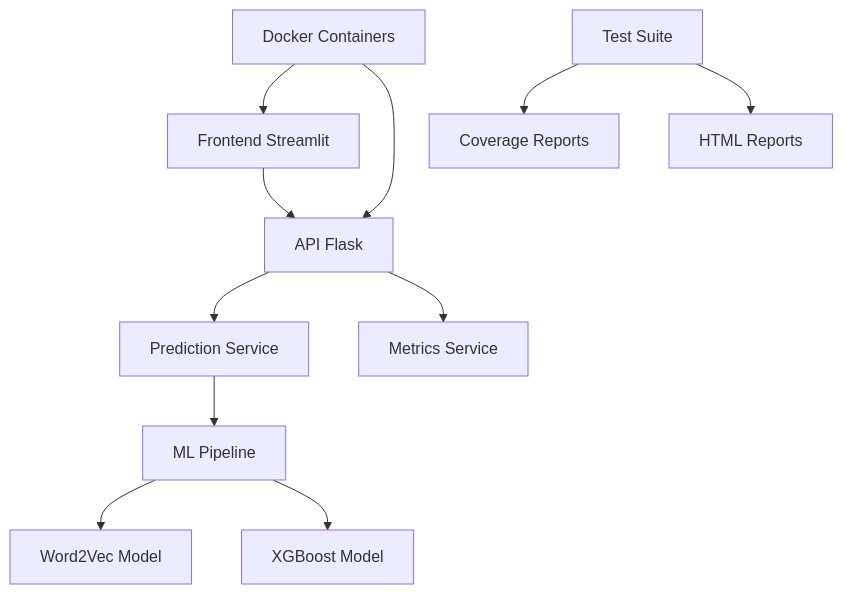
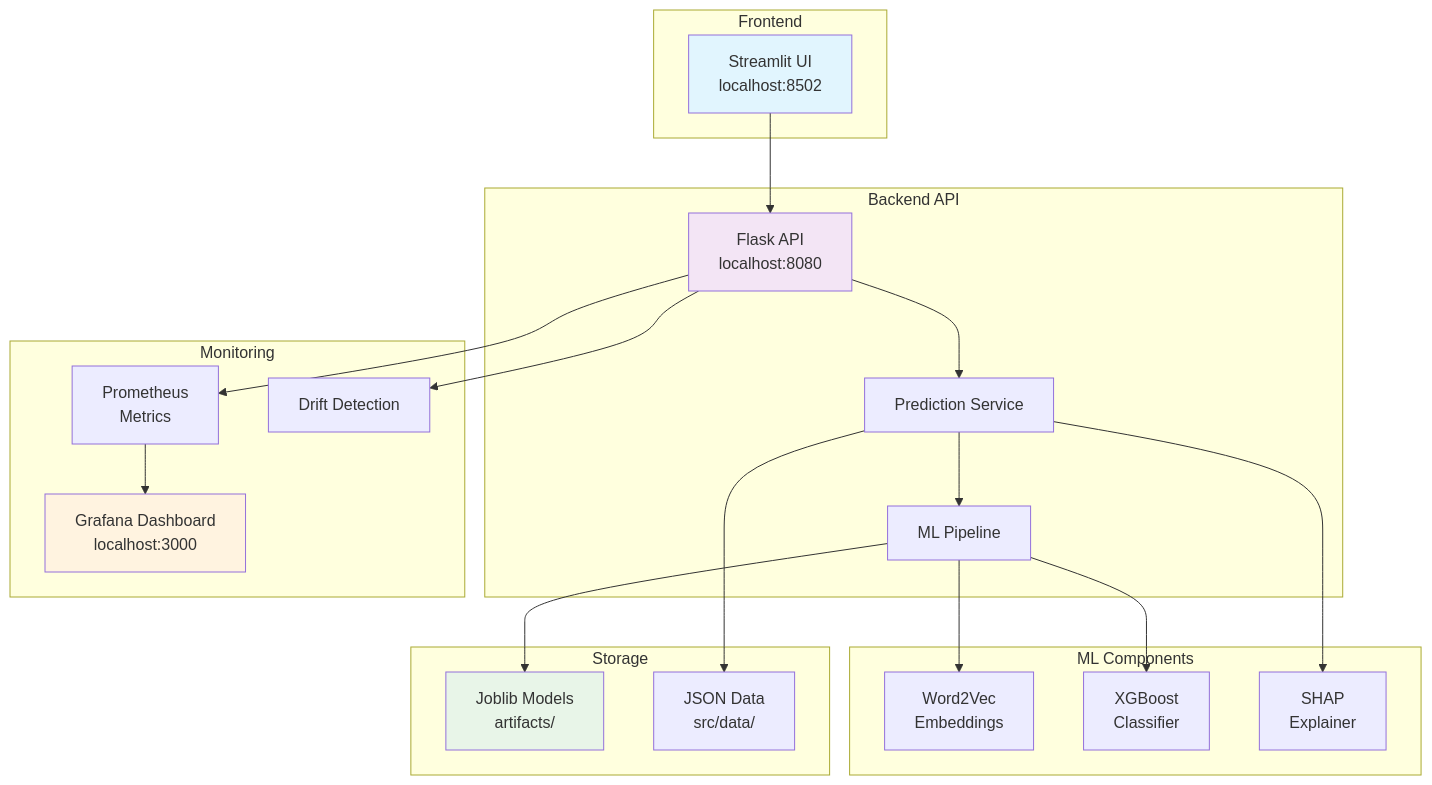
One commit to DOJesse/TechChallenge_Fase5 changed the diagram in readme.md. Above: the diagram before and after it, drawn with Mermaid. The commit also changed other lines of this file and 45 other files, not shown here.

````diff
--- a/readme.md
+++ b/readme.md
@@ -12,13 +20,46 @@
 ```mermaid
 graph TB
-    A[Frontend Streamlit] --> B[API Flask]
-    B --> C[Prediction Service]
-    C --> D[ML Pipeline]
-    D --> E[Word2Vec Model]
-    D --> F[XGBoost Model]
-    B --> G[Metrics Service]
-    H[Docker Containers] --> A
-    H --> B
-    I[Test Suite] --> J[Coverage Reports]
-    I --> K[HTML Reports]
+    subgraph "Frontend"
+        A[Streamlit UI<br/>localhost:8502]
+    end
+    
+    subgraph "Backend API"
+        B[Flask API<br/>localhost:8080]
+        C[Prediction Service]
+        D[ML Pipeline]
+    end
+    
+    subgraph "ML Components"
+        E[Word2Vec<br/>Embeddings]
+        F[XGBoost<br/>Classifier]
+        G[SHAP<br/>Explainer]
+    end
+    
+    subgraph "Monitoring"
+        H[Prometheus<br/>Metrics]
+        I[Grafana Dashboard<br/>localhost:3000]
+        J[Drift Detection]
+    end
+    
+    subgraph "Storage"
+        K[Joblib Models<br/>artifacts/]
+        L[JSON Data<br/>src/data/]
+    end
+    
+    A --> B
+    B --> C
+    C --> D
+    D --> E
+    D --> F
+    C --> G
+    B --> H
+    H --> I
+    B --> J
+    D --> K
+    C --> L
+    
+    style A fill:#e1f5fe
+    style B fill:#f3e5f5
+    style I fill:#fff3e0
+    style K fill:#e8f5e8
 ```
````
